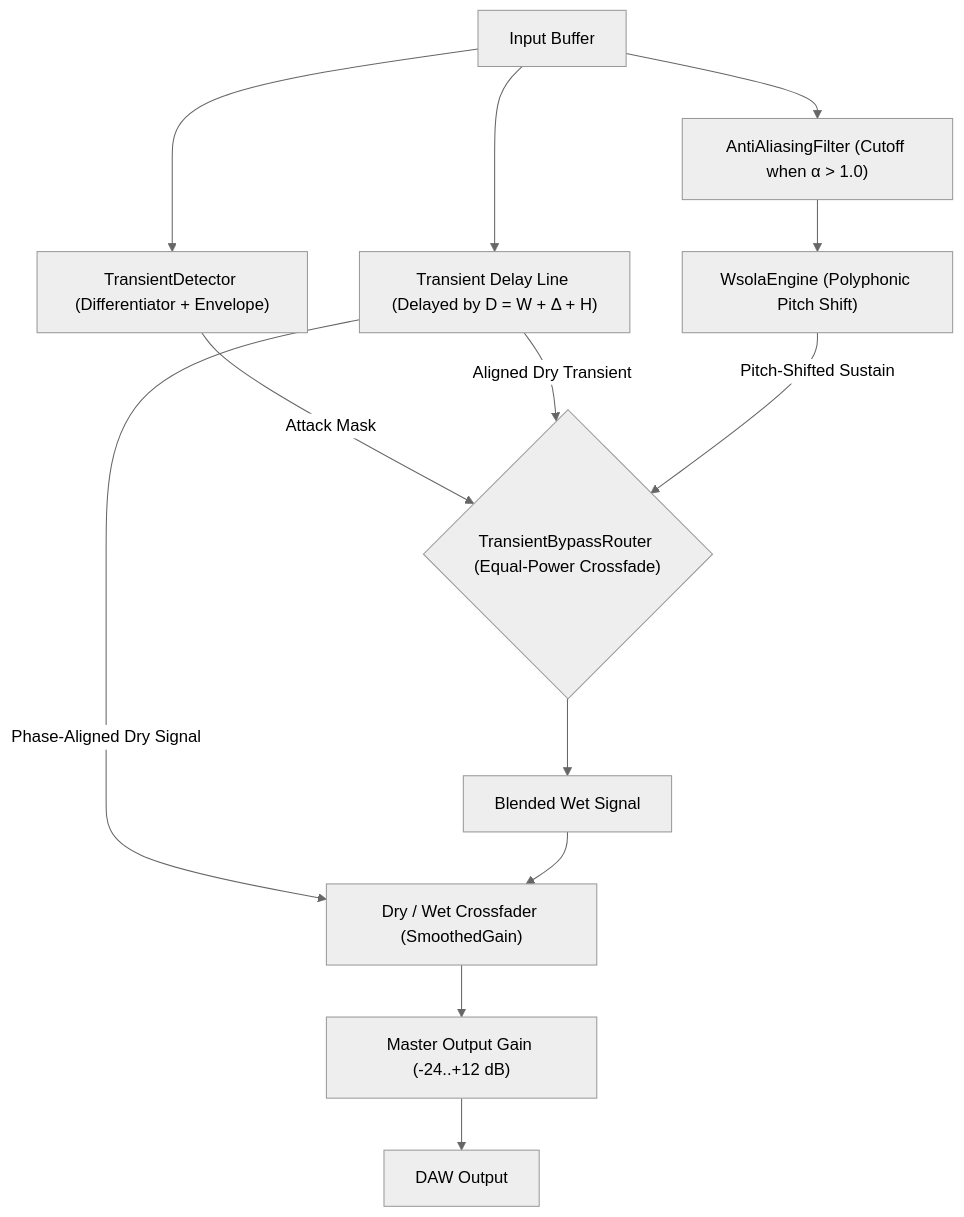
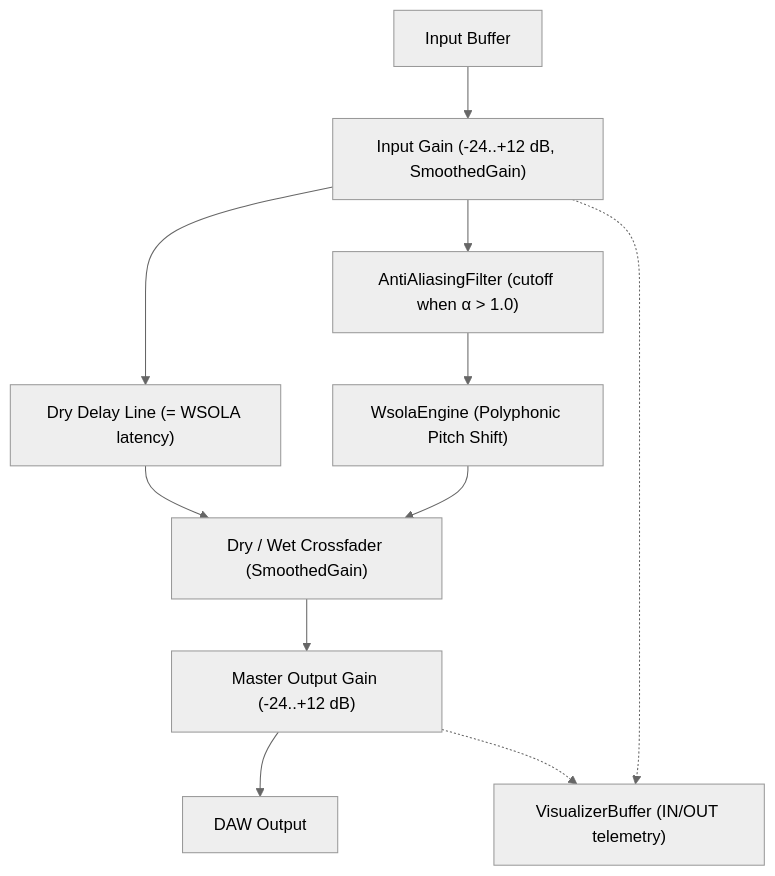
Before and after one commit to iPlaySkill/poly-pitch-shifter: the second of 2 diagrams in docs/ARCHITECTURE.md, drawn with Mermaid (neutral theme). The commit also changed other lines of this file and 5 other files, not shown here.

Commit message:
docs: update algorithm and architecture specs

````diff
--- a/docs/ARCHITECTURE.md
+++ b/docs/ARCHITECTURE.md
@@ -90,17 +120,13 @@
 ```mermaid
 graph TD
-    IN["Input Buffer"] --> DET["TransientDetector (Differentiator + Envelope)"]
-    IN --> DELAY["Transient Delay Line (Delayed by D = W + Δ + H)"]
-    IN --> AAF["AntiAliasingFilter (Cutoff when α > 1.0)"]
+    IN["Input Buffer"] --> IGAIN["Input Gain (-24..+12 dB, SmoothedGain)"]
+    IGAIN --> DELAY["Dry Delay Line (= WSOLA latency)"]
+    IGAIN --> AAF["AntiAliasingFilter (cutoff when α > 1.0)"]
     AAF --> WSOLA["WsolaEngine (Polyphonic Pitch Shift)"]
-    
-    DET -->|"Attack Mask"| ROUTER{"TransientBypassRouter (Equal-Power Crossfade)"}
-    DELAY -->|"Aligned Dry Transient"| ROUTER
-    WSOLA -->|"Pitch-Shifted Sustain"| ROUTER
-    
-    ROUTER --> BLEND["Blended Wet Signal"]
-    DELAY -->|"Phase-Aligned Dry Signal"| MIX["Dry / Wet Crossfader (SmoothedGain)"]
-    BLEND --> MIX
+    DELAY --> MIX["Dry / Wet Crossfader (SmoothedGain)"]
+    WSOLA --> MIX
     MIX --> GAIN["Master Output Gain (-24..+12 dB)"]
     GAIN --> OUT["DAW Output"]
+    IGAIN -.-> TEL["VisualizerBuffer (IN/OUT telemetry)"]
+    GAIN -.-> TEL
 ```
````
